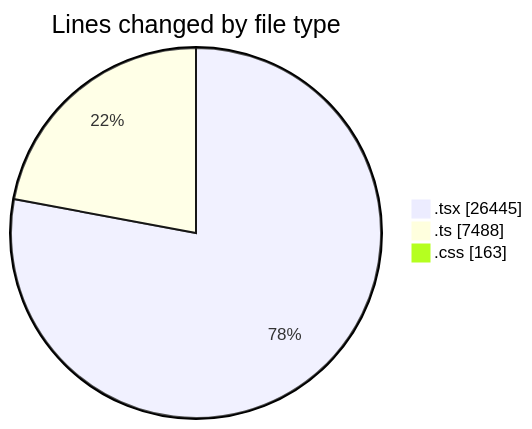
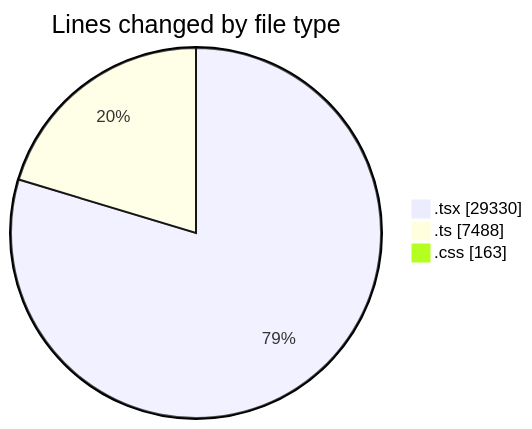
One commit to nxtqubesakshisongat/code-tracking changed the first of 2 diagrams in 2026-08-23/nxtqube_webapp/README.md. Above: the diagram before and after it, drawn with Mermaid. The commit also changed other lines of this file and 1 other file, not shown here.

````diff
--- a/2026-08-23/nxtqube_webapp/README.md
+++ b/2026-08-23/nxtqube_webapp/README.md
@@ -81,7 +84,7 @@
 ```mermaid
 pie showData
 title Lines changed by file type
-".tsx" : 26445
+".tsx" : 29330
 ".ts" : 7488
 ".css" : 163
 ```
````
